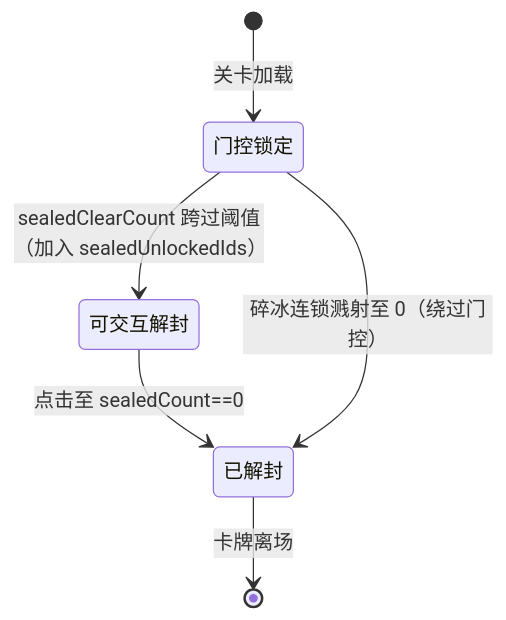
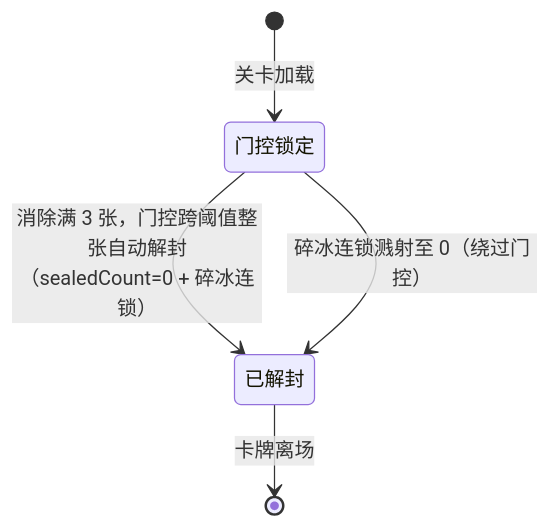
One commit to xqh0927/sheeps changed the second of 2 diagrams in docs/superpowers/specs/sealed-unlock-mechanism-design.md. Above: the diagram before and after it, drawn with Mermaid. The commit also changed other lines of this file and 26 other files, not shown here.

````diff
--- a/docs/superpowers/specs/sealed-unlock-mechanism-design.md
+++ b/docs/superpowers/specs/sealed-unlock-mechanism-design.md
@@ -221,8 +213,7 @@
 ```mermaid
 stateDiagram-v2
     [*] --> 门控锁定: 关卡加载
-    门控锁定 --> 可交互解封: sealedClearCount 跨过阈值（加入 sealedUnlockedIds）
-    可交互解封 --> 已解封: 点击至 sealedCount==0
+    门控锁定 --> 已解封: 消除满 3 张，门控跨阈值整张自动解封（sealedCount=0 + 碎冰连锁）
     已解封 --> [*]: 卡牌离场
     门控锁定 --> 已解封: 碎冰连锁溅射至 0（绕过门控）
 ```
````
